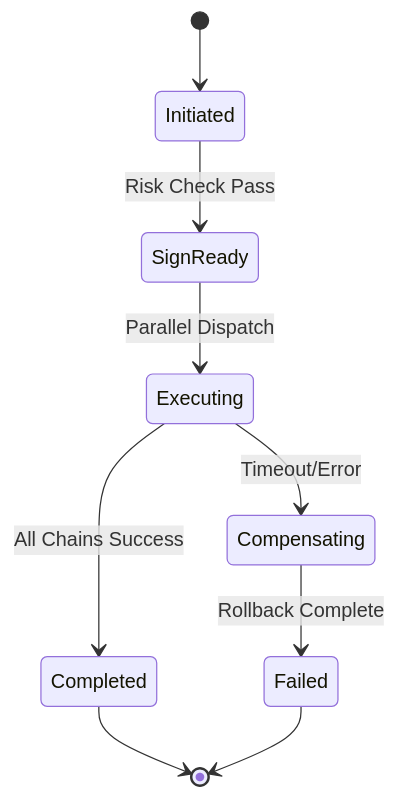
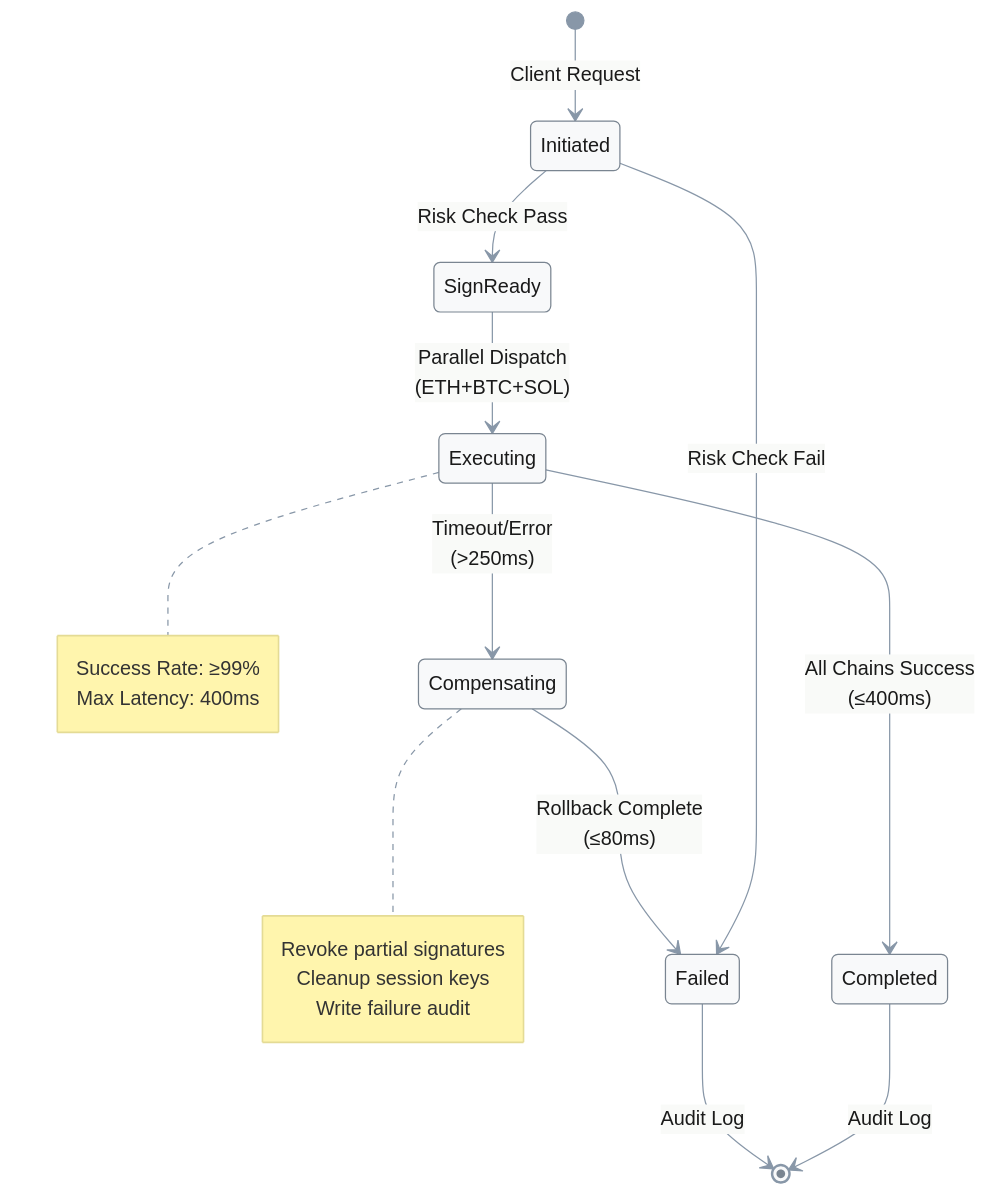
The fourth of 9 diagrams in Workplace/Interview/Blockchain/Posts/MPCWalletEngineer/Architecture/GPT5.1Codex_Revised.md (ljg-cqu/knowledge), drawn with Mermaid before and after one commit. The commit also changed other lines of this file and 13 other files, not shown here.

Commit message:
Enhance visual consistency and readability of diagrams in ZencoderAuto+_Revised.md by updating theme variables and styles across all mermaid charts. Adjust colors for improved contrast and clarity, ensuring a cohesive design throughout the document.

````diff
--- a/Workplace/Interview/Blockchain/Posts/MPCWalletEngineer/Architecture/GPT5.1Codex_Revised.md
+++ b/Workplace/Interview/Blockchain/Posts/MPCWalletEngineer/Architecture/GPT5.1Codex_Revised.md
@@ -212,11 +304,32 @@
 ```mermaid
+%%{init: {
+  "theme": "base",
+  "themeVariables": {
+    "primaryColor": "#f8f9fa",
+    "primaryTextColor": "#1a1a1a",
+    "primaryBorderColor": "#7a8591",
+    "lineColor": "#8897a8"
+  }
+}}%%
 stateDiagram-v2
-    [*] --> Initiated
+    [*] --> Initiated: Client Request
     Initiated --> SignReady: Risk Check Pass
-    SignReady --> Executing: Parallel Dispatch
-    Executing --> Completed: All Chains Success
-    Executing --> Compensating: Timeout/Error
-    Compensating --> Failed: Rollback Complete
-    Completed --> [*]
-    Failed --> [*]
+    Initiated --> Failed: Risk Check Fail
+    SignReady --> Executing: Parallel Dispatch<br/>(ETH+BTC+SOL)
+    Executing --> Completed: All Chains Success<br/>(≤400ms)
+    Executing --> Compensating: Timeout/Error<br/>(>250ms)
+    Compensating --> Failed: Rollback Complete<br/>(≤80ms)
+    Completed --> [*]: Audit Log
+    Failed --> [*]: Audit Log
+    
+    note right of Executing
+        Success Rate: ≥99%
+        Max Latency: 400ms
+    end note
+    
+    note right of Compensating
+        Revoke partial signatures
+        Cleanup session keys
+        Write failure audit
+    end note
 ```
````
